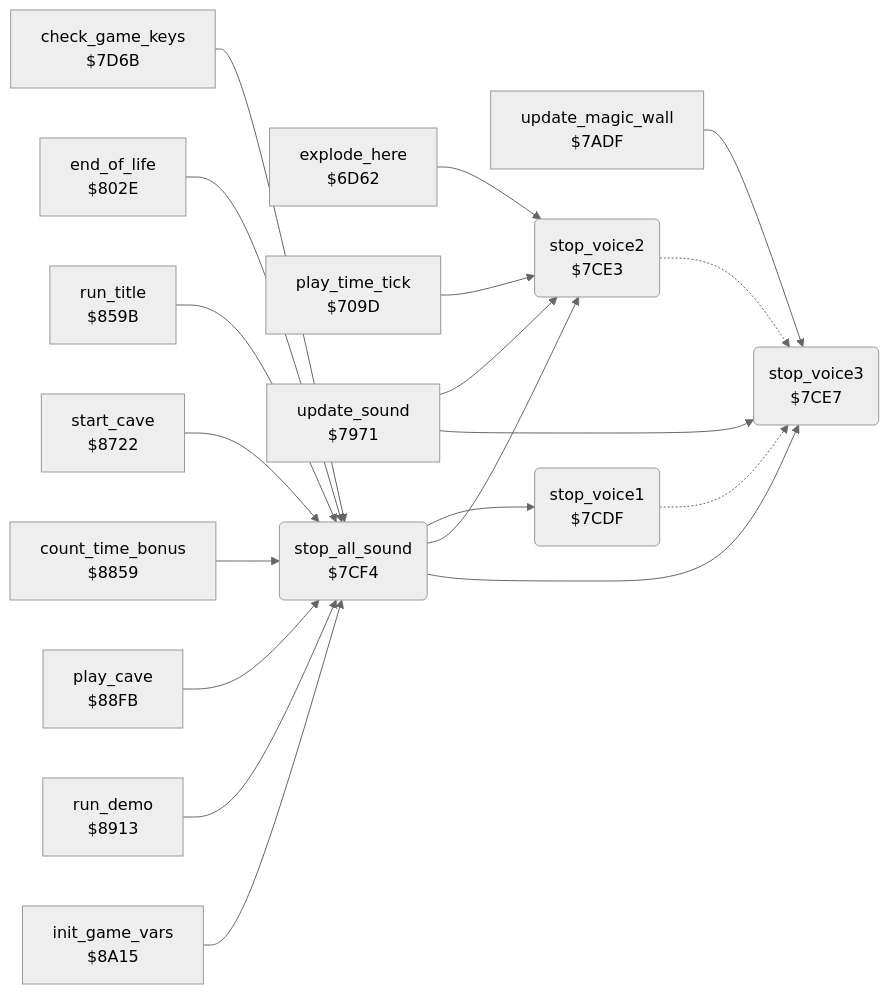
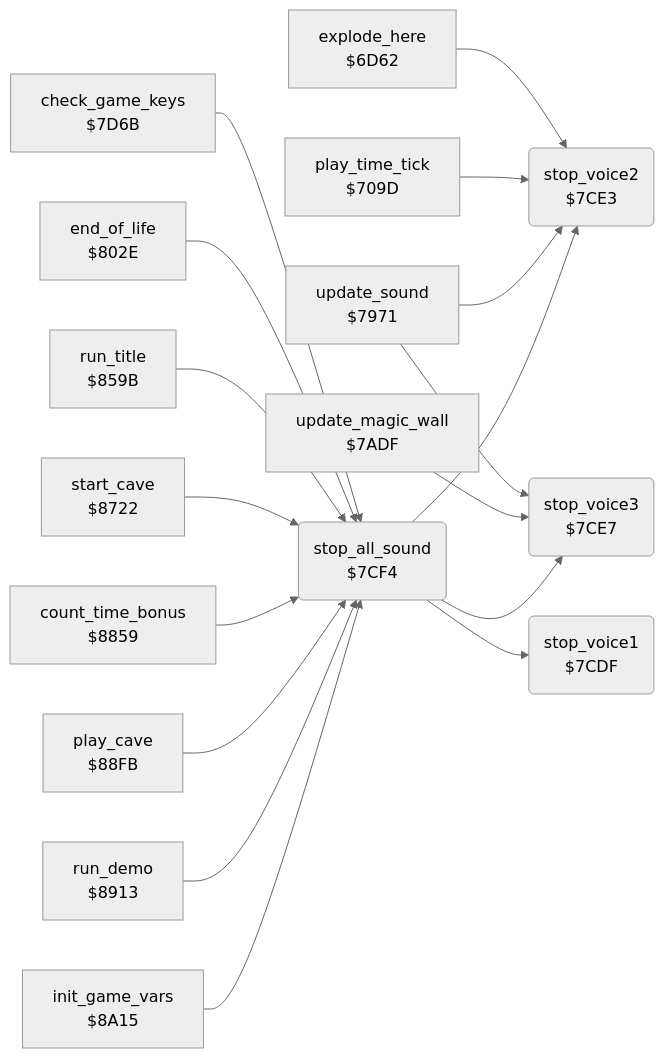
One commit to henols/c64_games changed the diagram in boulder_dash/v1/docs/reference/modules/sound/voices_off.md. Above: the diagram before and after it, drawn with Mermaid (neutral theme). The commit also changed other lines of this file and 1100 other files, not shown here.

````diff
--- a/boulder_dash/v1/docs/reference/modules/sound/voices_off.md
+++ b/boulder_dash/v1/docs/reference/modules/sound/voices_off.md
@@ -10,37 +19,35 @@
 ```mermaid
 flowchart LR
   n6d62["explode_here<br/>$6D62"]
   n709d["play_time_tick<br/>$709D"]
   n7971["update_sound<br/>$7971"]
   n7adf["update_magic_wall<br/>$7ADF"]
   n7cdf("stop_voice1<br/>$7CDF")
   n7ce3("stop_voice2<br/>$7CE3")
   n7ce7("stop_voice3<br/>$7CE7")
   n7cf4("stop_all_sound<br/>$7CF4")
   n7d6b["check_game_keys<br/>$7D6B"]
   n802e["end_of_life<br/>$802E"]
   n859b["run_title<br/>$859B"]
   n8722["start_cave<br/>$8722"]
   n8859["count_time_bonus<br/>$8859"]
   n88fb["play_cave<br/>$88FB"]
   n8913["run_demo<br/>$8913"]
   n8a15["init_game_vars<br/>$8A15"]
   n6d62 --> n7ce3
   n709d --> n7ce3
   n7971 --> n7ce3
   n7971 --> n7ce7
   n7adf --> n7ce7
-  n7cdf -.-> n7ce7
-  n7ce3 -.-> n7ce7
   n7cf4 --> n7cdf
   n7cf4 --> n7ce3
   n7cf4 --> n7ce7
   n7d6b --> n7cf4
   n802e --> n7cf4
   n859b --> n7cf4
   n8722 --> n7cf4
   n8859 --> n7cf4
   n88fb --> n7cf4
   n8913 --> n7cf4
   n8a15 --> n7cf4
 ```
````
